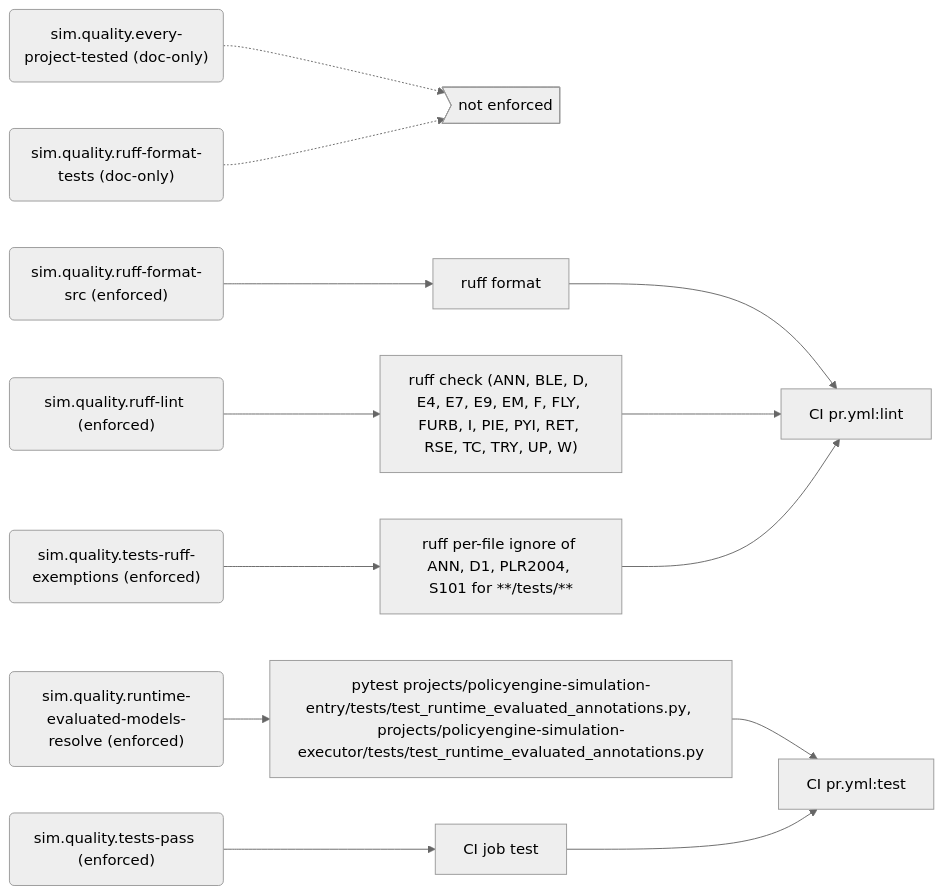
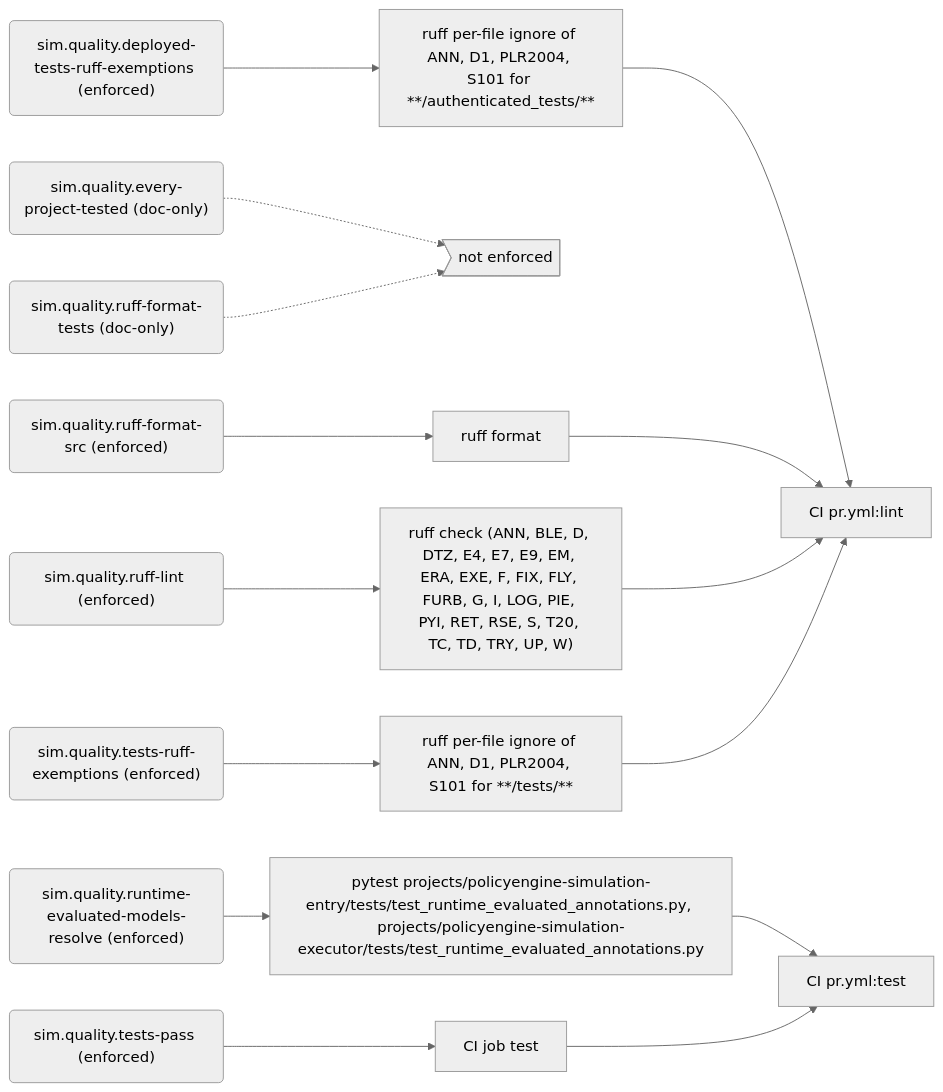
The sixth of 8 diagrams in docs/generated/rules.md (PolicyEngine/policyengine-sim-api), drawn with Mermaid (neutral theme) before and after one commit. The commit also changed other lines of this file and 3 other files, not shown here.

First line of the commit message:
Register group 6 and the deployed-test ruff exemption

````diff
--- a/docs/generated/rules.md
+++ b/docs/generated/rules.md
@@ -257,30 +258,34 @@
 ```mermaid
 flowchart LR
+  r_sim_quality_deployed_tests_ruff_exemptions("sim.quality.deployed-tests-ruff-exemptions (enforced)")
+  e_ruff_per_file_ignore_of_ANN__D1__PLR2004__S101_for____authenticated_tests___["ruff per-file ignore of ANN, D1, PLR2004, S101 for **/authenticated_tests/**"]
+  j_CI_pr_yml_lint["CI pr.yml:lint"]
   r_sim_quality_every_project_tested("sim.quality.every-project-tested (doc-only)")
   gap_unenforced>"not enforced"]
   r_sim_quality_ruff_format_src("sim.quality.ruff-format-src (enforced)")
   e_ruff_format["ruff format"]
-  j_CI_pr_yml_lint["CI pr.yml:lint"]
   r_sim_quality_ruff_format_tests("sim.quality.ruff-format-tests (doc-only)")
   r_sim_quality_ruff_lint("sim.quality.ruff-lint (enforced)")
-  e_ruff_check__ANN__BLE__D__E4__E7__E9__EM__F__FLY__FURB__I__PIE__PYI__RET__RSE__TC__TRY__UP__W_["ruff check (ANN, BLE, D, E4, E7, E9, EM, F, FLY, FURB, I, PIE, PYI, RET, RSE, TC, TRY, UP, W)"]
+  e_ruff_check__ANN__BLE__D__DTZ__E4__E7__E9__EM__ERA__EXE__F__FIX__FLY__FURB__G__I__LOG__PIE__PYI__RET__RSE__S__T20__TC__TD__TRY__UP__W_["ruff check (ANN, BLE, D, DTZ, E4, E7, E9, EM, ERA, EXE, F, FIX, FLY, FURB, G, I, LOG, PIE, PYI, RET, RSE, S, T20, TC, TD, TRY, UP, W)"]
   r_sim_quality_runtime_evaluated_models_resolve("sim.quality.runtime-evaluated-models-resolve (enforced)")
   e_pytest_projects_policyengine_simulation_entry_tests_test_runtime_evaluated_annotations_py__projects_policyengine_simulation_executor_tests_test_runtime_evaluated_annotations_py["pytest projects/policyengine-simulation-entry/tests/test_runtime_evaluated_annotations.py, projects/policyengine-simulation-executor/tests/test_runtime_evaluated_annotations.py"]
   j_CI_pr_yml_test["CI pr.yml:test"]
   r_sim_quality_tests_pass("sim.quality.tests-pass (enforced)")
   e_CI_job_test["CI job test"]
   r_sim_quality_tests_ruff_exemptions("sim.quality.tests-ruff-exemptions (enforced)")
   e_ruff_per_file_ignore_of_ANN__D1__PLR2004__S101_for____tests___["ruff per-file ignore of ANN, D1, PLR2004, S101 for **/tests/**"]
+  r_sim_quality_deployed_tests_ruff_exemptions --> e_ruff_per_file_ignore_of_ANN__D1__PLR2004__S101_for____authenticated_tests___
+  e_ruff_per_file_ignore_of_ANN__D1__PLR2004__S101_for____authenticated_tests___ --> j_CI_pr_yml_lint
   r_sim_quality_every_project_tested -.-> gap_unenforced
   r_sim_quality_ruff_format_src --> e_ruff_format
   e_ruff_format --> j_CI_pr_yml_lint
   r_sim_quality_ruff_format_tests -.-> gap_unenforced
-  r_sim_quality_ruff_lint --> e_ruff_check__ANN__BLE__D__E4__E7__E9__EM__F__FLY__FURB__I__PIE__PYI__RET__RSE__TC__TRY__UP__W_
-  e_ruff_check__ANN__BLE__D__E4__E7__E9__EM__F__FLY__FURB__I__PIE__PYI__RET__RSE__TC__TRY__UP__W_ --> j_CI_pr_yml_lint
+  r_sim_quality_ruff_lint --> e_ruff_check__ANN__BLE__D__DTZ__E4__E7__E9__EM__ERA__EXE__F__FIX__FLY__FURB__G__I__LOG__PIE__PYI__RET__RSE__S__T20__TC__TD__TRY__UP__W_
+  e_ruff_check__ANN__BLE__D__DTZ__E4__E7__E9__EM__ERA__EXE__F__FIX__FLY__FURB__G__I__LOG__PIE__PYI__RET__RSE__S__T20__TC__TD__TRY__UP__W_ --> j_CI_pr_yml_lint
   r_sim_quality_runtime_evaluated_models_resolve --> e_pytest_projects_policyengine_simulation_entry_tests_test_runtime_evaluated_annotations_py__projects_policyengine_simulation_executor_tests_test_runtime_evaluated_annotations_py
   e_pytest_projects_policyengine_simulation_entry_tests_test_runtime_evaluated_annotations_py__projects_policyengine_simulation_executor_tests_test_runtime_evaluated_annotations_py --> j_CI_pr_yml_test
   r_sim_quality_tests_pass --> e_CI_job_test
   e_CI_job_test --> j_CI_pr_yml_test
   r_sim_quality_tests_ruff_exemptions --> e_ruff_per_file_ignore_of_ANN__D1__PLR2004__S101_for____tests___
   e_ruff_per_file_ignore_of_ANN__D1__PLR2004__S101_for____tests___ --> j_CI_pr_yml_lint
 ```
````
